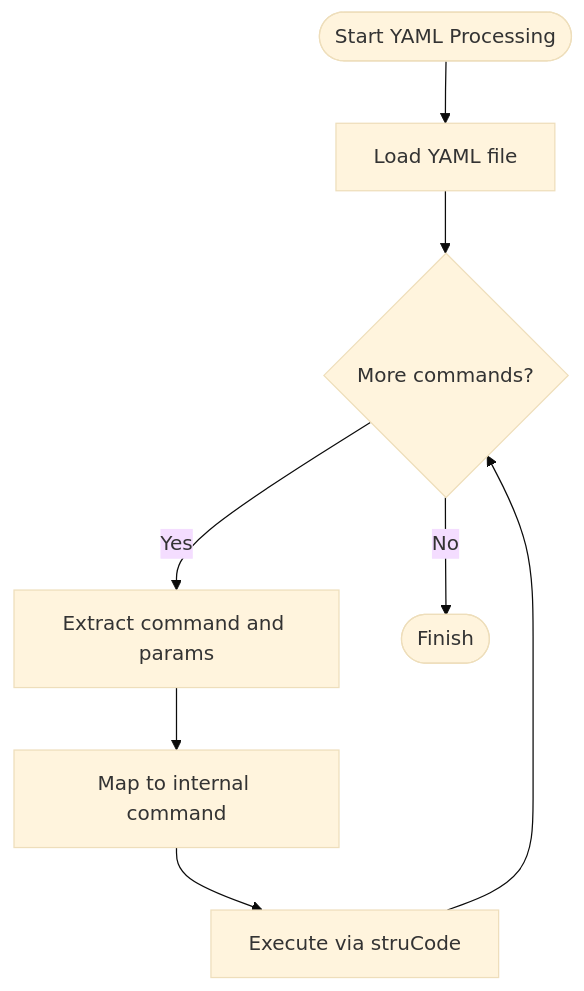
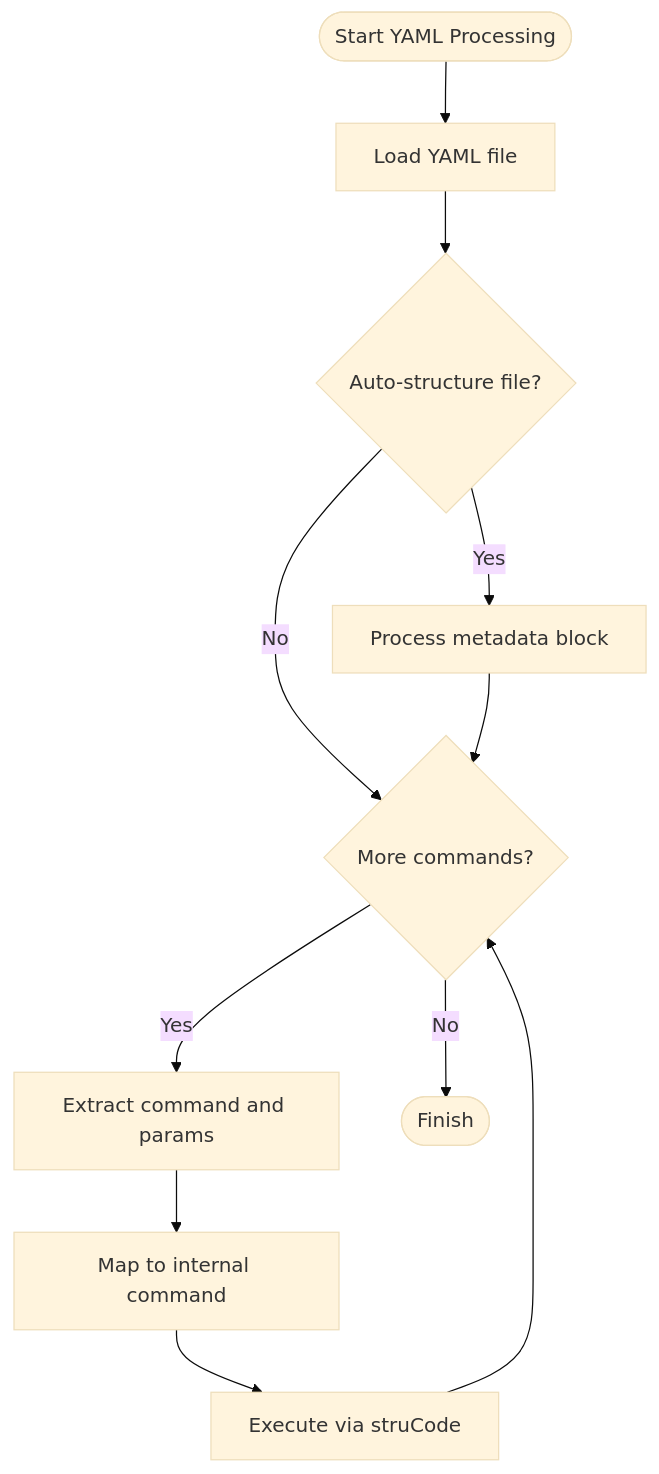
One commit to time-link/timelink-kleio changed the third of 6 diagrams in .qoder/repowiki/en/content/Structure Definition System/Structure File Formats.md. Above: the diagram before and after it, drawn with Mermaid (base theme). The commit also changed other lines of this file and 189 other files, not shown here.

````diff
--- a/.qoder/repowiki/en/content/Structure Definition System/Structure File Formats.md
+++ b/.qoder/repowiki/en/content/Structure Definition System/Structure File Formats.md
@@ -131,10 +199,13 @@
 ```mermaid
 flowchart TD
 Start(["Start YAML Processing"]) --> Load["Load YAML file"]
-Load --> Loop{"More commands?"}
+Load --> CheckAuto{"Auto-structure file?"}
+CheckAuto --> |Yes| Meta["Process metadata block"]
+CheckAuto --> |No| Loop{"More commands?"}
+Meta --> Loop
 Loop --> |Yes| Extract["Extract command and params"]
 Extract --> Dispatch["Map to internal command"]
 Dispatch --> Exec["Execute via struCode"]
 Exec --> Loop
 Loop --> |No| Finish(["Finish"])
 ```
````
